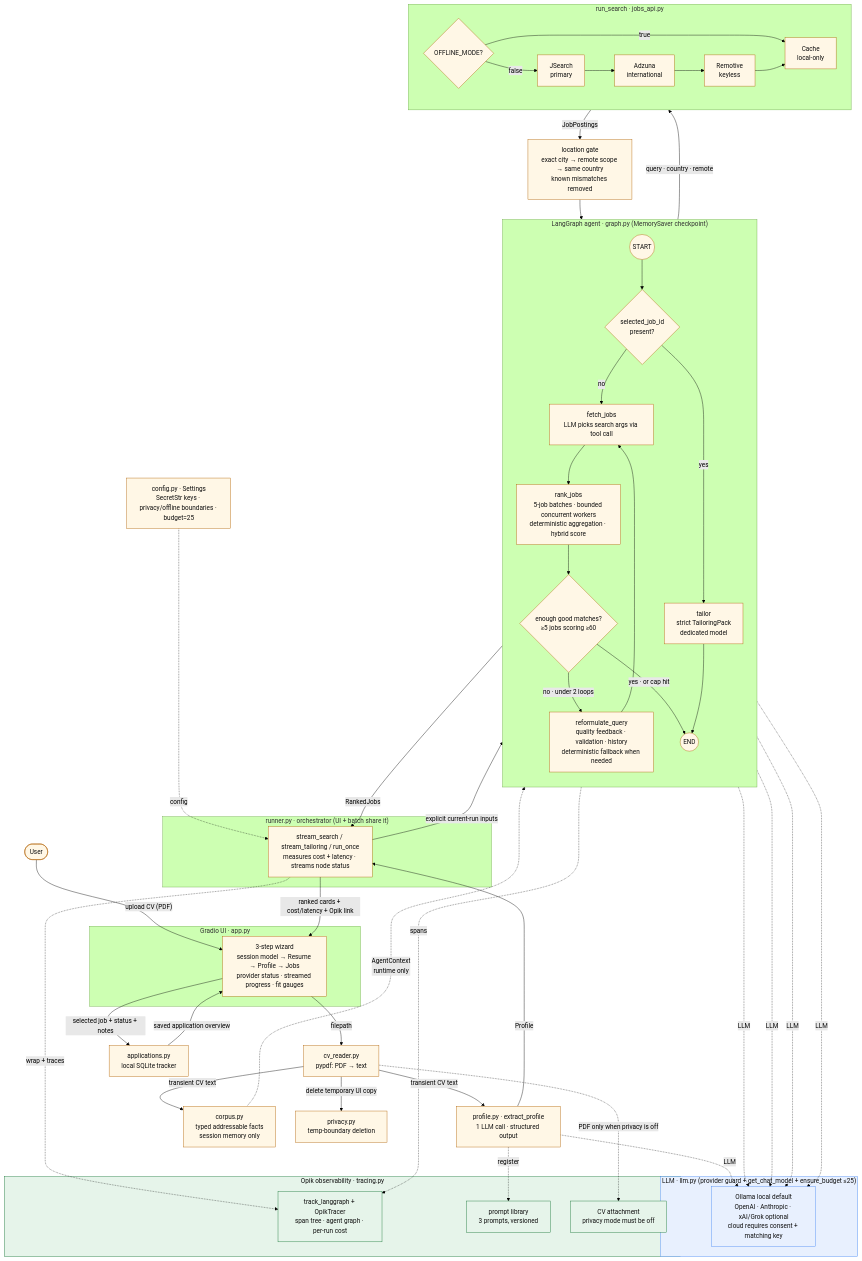
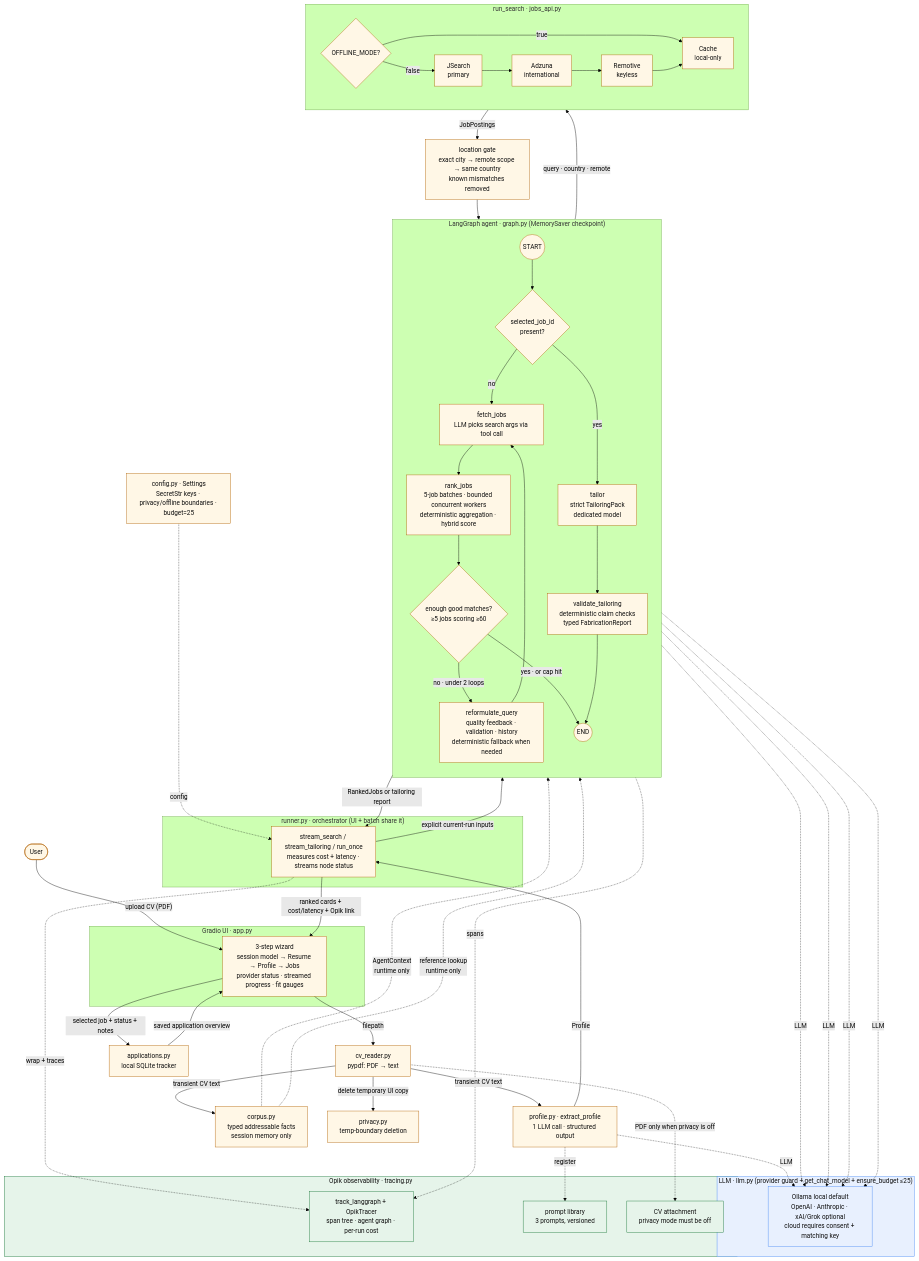
The diagram in docs/architecture.md (exitLQ/the-agent-that-got-me-rejected), drawn with Mermaid (forest theme) before and after one commit. The commit also changed other lines of this file and 14 other files, not shown here.

Commit message:
feat: add deterministic fabrication validator

````diff
--- a/docs/architecture.md
+++ b/docs/architecture.md
@@ -7,77 +7,79 @@
 ```mermaid
 flowchart TB
   U(["User"]) -->|"upload CV (PDF)"| UI
 
   subgraph UI_L["Gradio UI · app.py"]
     UI["3-step wizard<br/>session model → Resume → Profile → Jobs<br/>provider status · streamed progress · fit gauges"]
   end
 
   UI -->|"filepath"| CVR["cv_reader.py<br/>pypdf: PDF → text"]
   CVR -->|"transient CV text"| EP["profile.py · extract_profile<br/>1 LLM call · structured output"]
   CVR -->|"transient CV text"| COR["corpus.py<br/>typed addressable facts<br/>session memory only"]
   CVR -->|"delete temporary UI copy"| DEL["privacy.py<br/>temp-boundary deletion"]
   EP -->|"Profile"| RUN
 
   subgraph ORCH["runner.py · orchestrator (UI + batch share it)"]
     RUN["stream_search / stream_tailoring / run_once<br/>measures cost + latency · streams node status"]
   end
 
   RUN -->|"explicit current-run inputs"| G
 
   subgraph G["LangGraph agent · graph.py (MemorySaver checkpoint)"]
     direction TB
     S((START)) --> ENTRY{"selected_job_id<br/>present?"}
     ENTRY -->|"no"| FJ
     ENTRY -->|"yes"| TA["tailor<br/>strict TailoringPack<br/>dedicated model"]
+    TA --> VAL["validate_tailoring<br/>deterministic claim checks<br/>typed FabricationReport"]
     FJ["fetch_jobs<br/>LLM picks search args via tool call"] --> RJ
     RJ["rank_jobs<br/>5-job batches · bounded concurrent workers<br/>deterministic aggregation · hybrid score"] --> D{"enough good matches?<br/>≥5 jobs scoring ≥60"}
     D -->|"no · under 2 loops"| RQ["reformulate_query<br/>quality feedback · validation · history<br/>deterministic fallback when needed"]
     RQ --> FJ
     D -->|"yes · or cap hit"| E((END))
-    TA --> E
+    VAL --> E
   end
   COR -. "AgentContext<br/>runtime only" .-> TA
+  COR -. "reference lookup<br/>runtime only" .-> VAL
 
   FJ -->|"query · country · remote"| SRCH
   subgraph SRCH["run_search · jobs_api.py"]
     direction LR
     MODE{"OFFLINE_MODE?"} -->|"true"| CA["Cache<br/>local-only"]
     MODE -->|"false"| JS["JSearch<br/>primary"]
     JS --> AZ["Adzuna<br/>international"] --> RM["Remotive<br/>keyless"] --> CA
   end
   SRCH -->|"JobPostings"| LOC["location gate<br/>exact city → remote scope → same country<br/>known mismatches removed"]
   LOC --> RJ
 
-  E -->|"RankedJobs"| RUN
+  E -->|"RankedJobs or tailoring report"| RUN
   RUN -->|"ranked cards + cost/latency + Opik link"| UI
   UI -->|"selected job + status + notes"| DB["applications.py<br/>local SQLite tracker"]
   DB -->|"saved application overview"| UI
 
   subgraph LLM_L["LLM · llm.py (provider guard + get_chat_model + ensure_budget ≤25)"]
     OA["Ollama local default<br/>OpenAI · Anthropic · xAI/Grok optional<br/>cloud requires consent + matching key"]
   end
   EP -. "LLM" .-> OA
   FJ -. "LLM" .-> OA
   RJ -. "LLM" .-> OA
   RQ -. "LLM" .-> OA
   TA -. "LLM" .-> OA
 
   subgraph OBS["Opik observability · tracing.py"]
     TR["track_langgraph + OpikTracer<br/>span tree · agent graph · per-run cost"]
     PL["prompt library<br/>3 prompts, versioned"]
     AT["CV attachment<br/>privacy mode must be off"]
   end
   RUN -. "wrap + traces" .-> TR
   G -. "spans" .-> TR
   EP -. "register" .-> PL
   CVR -. "PDF only when privacy is off" .-> AT
 
   CFG["config.py · Settings<br/>SecretStr keys · privacy/offline boundaries · budget=25"] -. "config" .-> RUN
 
   classDef llm fill:#e8f0fe,stroke:#4285f4,color:#111;
   classDef obs fill:#e6f4ea,stroke:#137333,color:#111;
   classDef node fill:#fff7e6,stroke:#b06000,color:#111;
   class OA,LLM_L llm;
   class TR,PL,AT,OBS obs;
-  class FJ,RJ,RQ,TA node;
+  class FJ,RJ,RQ,TA,VAL node;
 ```
````
